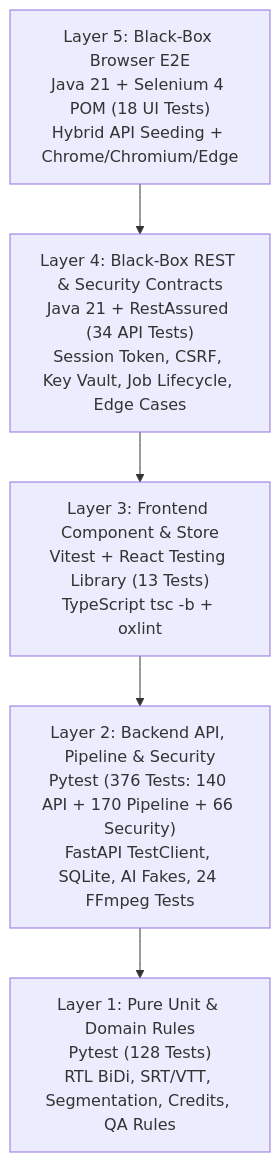
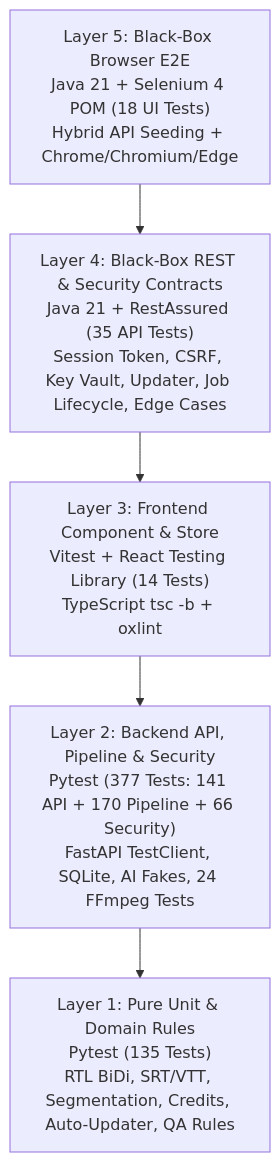
One commit to talevi83/SubBuildStudio changed the first of 2 diagrams in docs/QA_TEST_PLAN.md. Above: the diagram before and after it, drawn with Mermaid. The commit also changed other lines of this file and 27 other files, not shown here.

Commit message:
feat(updater): add Git & Release auto-updater and remove PyInstaller EXE packaging

````diff
--- a/docs/QA_TEST_PLAN.md
+++ b/docs/QA_TEST_PLAN.md
@@ -16,13 +16,13 @@
 ```mermaid
 flowchart TD
     E2E["Layer 5: Black-Box Browser E2E<br/>Java 21 + Selenium 4 POM (18 UI Tests)<br/>Hybrid API Seeding + Chrome/Chromium/Edge"]
-    BAPI["Layer 4: Black-Box REST & Security Contracts<br/>Java 21 + RestAssured (34 API Tests)<br/>Session Token, CSRF, Key Vault, Job Lifecycle, Edge Cases"]
-    FE["Layer 3: Frontend Component & Store<br/>Vitest + React Testing Library (13 Tests)<br/>TypeScript tsc -b + oxlint"]
-    PIPE["Layer 2: Backend API, Pipeline & Security<br/>Pytest (376 Tests: 140 API + 170 Pipeline + 66 Security)<br/>FastAPI TestClient, SQLite, AI Fakes, 24 FFmpeg Tests"]
-    UNIT["Layer 1: Pure Unit & Domain Rules<br/>Pytest (128 Tests)<br/>RTL BiDi, SRT/VTT, Segmentation, Credits, QA Rules"]
+    BAPI["Layer 4: Black-Box REST & Security Contracts<br/>Java 21 + RestAssured (35 API Tests)<br/>Session Token, CSRF, Key Vault, Updater, Job Lifecycle, Edge Cases"]
+    FE["Layer 3: Frontend Component & Store<br/>Vitest + React Testing Library (14 Tests)<br/>TypeScript tsc -b + oxlint"]
+    PIPE["Layer 2: Backend API, Pipeline & Security<br/>Pytest (377 Tests: 141 API + 170 Pipeline + 66 Security)<br/>FastAPI TestClient, SQLite, AI Fakes, 24 FFmpeg Tests"]
+    UNIT["Layer 1: Pure Unit & Domain Rules<br/>Pytest (135 Tests)<br/>RTL BiDi, SRT/VTT, Segmentation, Credits, Auto-Updater, QA Rules"]
 
     E2E --> BAPI
     BAPI --> FE
     FE --> PIPE
     PIPE --> UNIT
 ```
````
